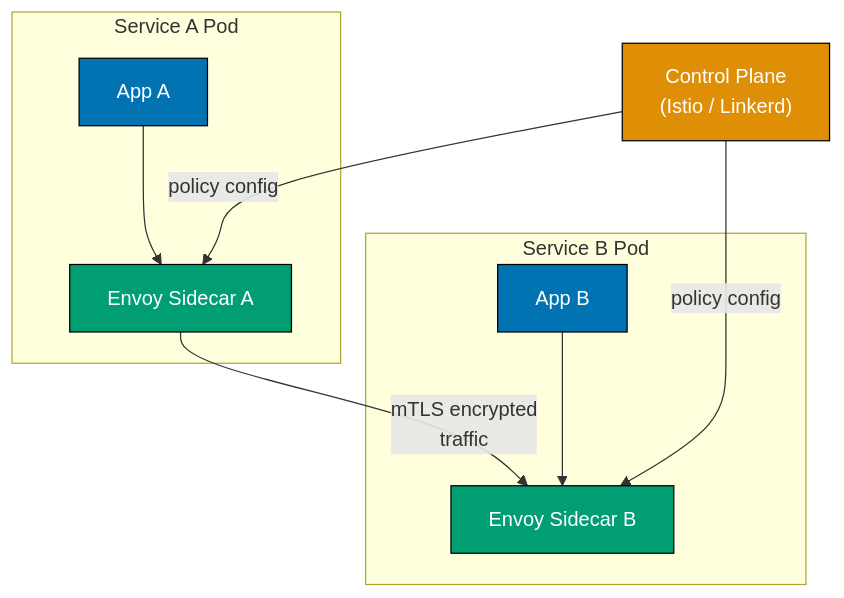
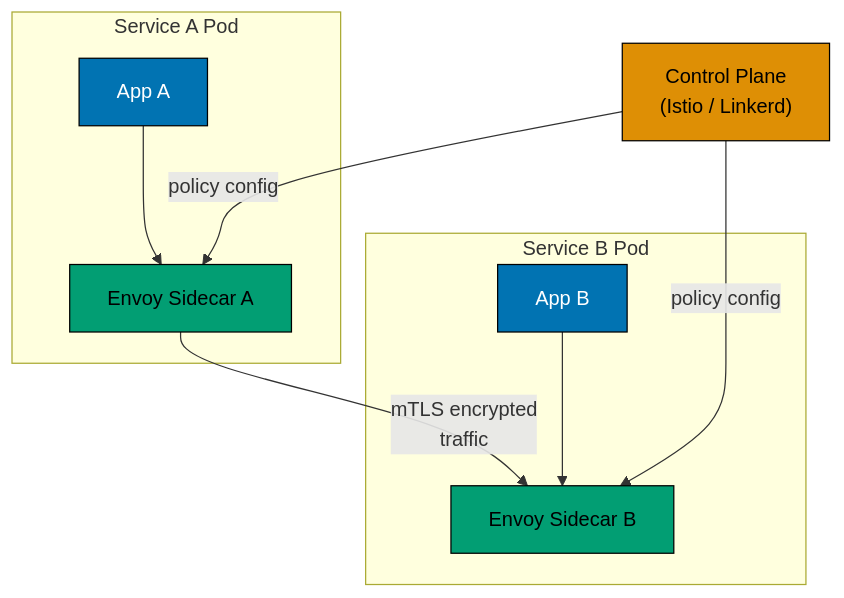
One commit to wahidyankf/ose-public changed diagram 14 of 18 in apps/ayokoding-www/content/en/learn/legacy/software-engineering/software-architecture/patterns-and-principles/in-oop-by-example/advanced.md. Above: the diagram before and after it, drawn with Mermaid. The commit also changed other lines of this file and 78 other files, not shown here.

First line of the commit message:
fix(mermaid): bring the remaining legacy software-engineering diagrams onto the accessible palette

````diff
--- a/apps/ayokoding-www/content/en/learn/legacy/software-engineering/software-architecture/patterns-and-principles/in-oop-by-example/advanced.md
+++ b/apps/ayokoding-www/content/en/learn/legacy/software-engineering/software-architecture/patterns-and-principles/in-oop-by-example/advanced.md
@@ -6323,24 +6399,30 @@
 ```mermaid
 graph TD
+    accTitle: Example 79: Service Mesh Architecture
+    accDescr: Graph with 5 nodes and 4 connections. Nodes: App A, Envoy Sidecar A, App B, Envoy Sidecar B, Control Plane (Istio / Linkerd). Connections: Control Plane (Istio / Linkerd) to Envoy Sidecar A (policy config), Control Plane (Istio / Linkerd) to Envoy Sidecar B (policy config), App A to Envoy Sidecar A, App B to Envoy Sidecar B.
     subgraph ServiceA["Service A Pod"]
         A["App A"]
         PA["Envoy Sidecar A"]
     end
     subgraph ServiceB["Service B Pod"]
         B["App B"]
         PB["Envoy Sidecar B"]
     end
     CP["Control Plane<br/>(Istio / Linkerd)"]
 
     PA -- "mTLS encrypted<br/>traffic" --> PB
     CP -- "policy config" --> PA
     CP -- "policy config" --> PB
     A --> PA
     B --> PB
 
-    style A fill:#0173B2,stroke:#000,color:#fff
-    style PA fill:#029E73,stroke:#000,color:#fff
-    style B fill:#0173B2,stroke:#000,color:#fff
-    style PB fill:#029E73,stroke:#000,color:#fff
-    style CP fill:#DE8F05,stroke:#000,color:#fff
+    classDef pal-0173B2 fill:#0173B2,stroke:#000000,color:#FFFFFF
+    class A pal-0173B2
+    classDef pal-029E73 fill:#029E73,stroke:#000000,color:#000000
+    class PA pal-029E73
+    class B pal-0173B2
+    class PB pal-029E73
+    classDef pal-DE8F05 fill:#DE8F05,stroke:#000000,color:#000000
+    class CP pal-DE8F05
+    classDef default fill:#FFFFFF,stroke:#000000,color:#000000
 ```
````
